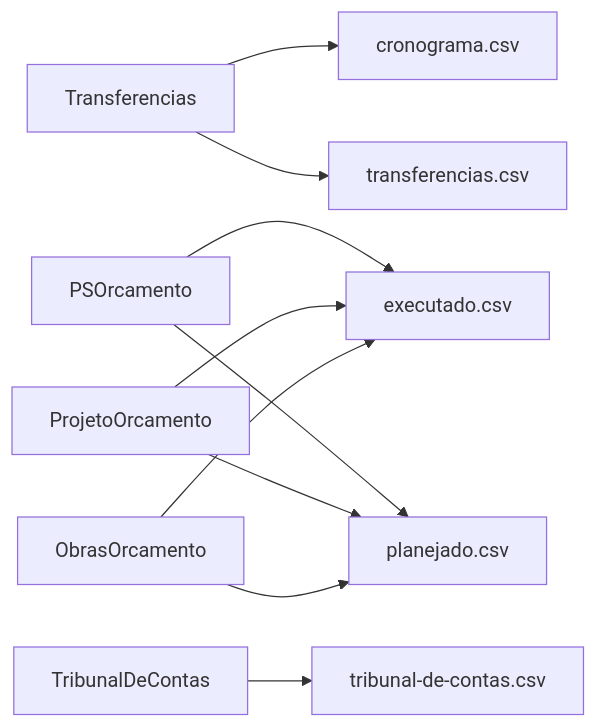
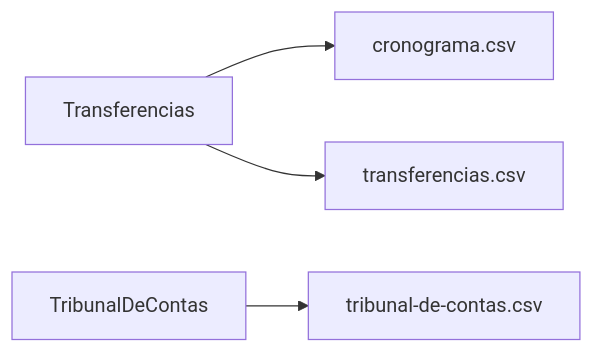
The diagram in backend/docs/report-columns.md (AppCivico/smae), drawn with Mermaid before and after one commit. The commit also changed other lines of this file and 2 other files, not shown here.

Commit message:
chore(reports): remove doc gerada do PR
A doc de colunas é gerada por `npm run docs:report-columns` a partir dos
decoradores; mantê-la em cada PR só produzia conflito no índice e nas páginas
de arquivos com nome repetido entre relatórios (cronograma.csv, contratos.csv,
enderecos.csv). Passa a ser regerada uma única vez, depois que todos os PRs
desta série estiverem em homol.

````diff
--- a/backend/docs/report-columns.md
+++ b/backend/docs/report-columns.md
@@ -19,12 +17,6 @@
 ```mermaid
 flowchart LR
     transferencias["Transferencias"] --> cronograma-csv["cronograma.csv"]
-    psorcamento["PSOrcamento"] --> executado-csv["executado.csv"]
-    projetoorcamento["ProjetoOrcamento"] --> executado-csv["executado.csv"]
-    obrasorcamento["ObrasOrcamento"] --> executado-csv["executado.csv"]
-    psorcamento["PSOrcamento"] --> planejado-csv["planejado.csv"]
-    projetoorcamento["ProjetoOrcamento"] --> planejado-csv["planejado.csv"]
-    obrasorcamento["ObrasOrcamento"] --> planejado-csv["planejado.csv"]
     transferencias["Transferencias"] --> transferencias-csv["transferencias.csv"]
     tribunaldecontas["TribunalDeContas"] --> tribunal-de-contas-csv["tribunal-de-contas.csv"]
 ```
````
